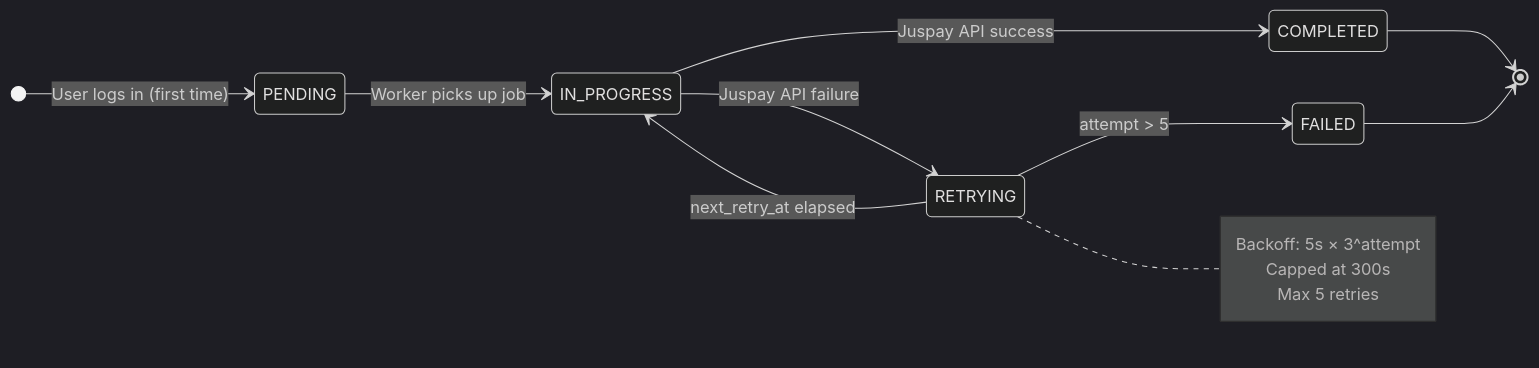
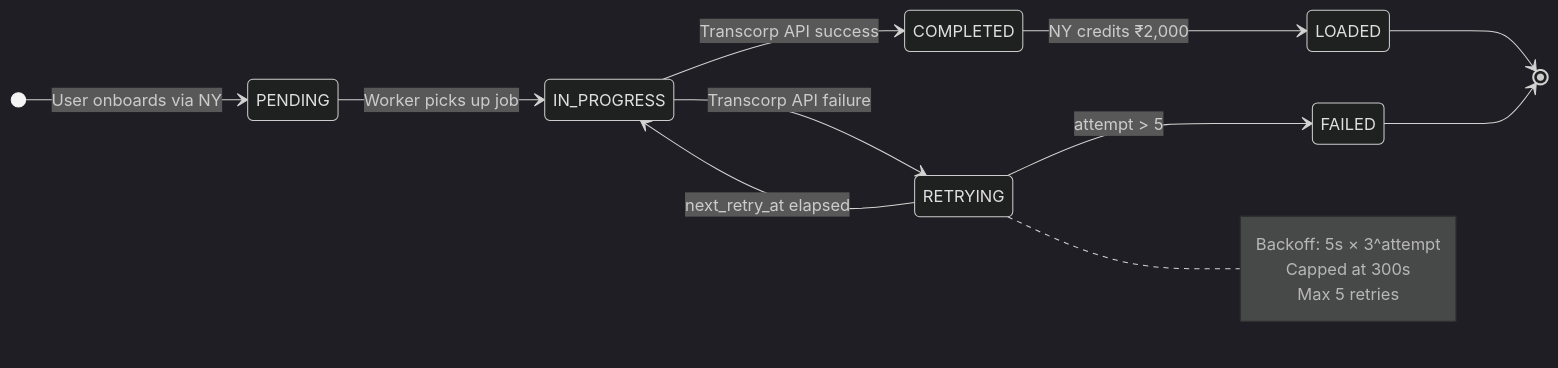
The fifth of 6 diagrams in api-reference/architecture/system-overview.mdx (anu19981/aarokya-backend), drawn with Mermaid (dark theme) before and after one commit. The commit also changed other lines of this file, not shown here.

````diff
--- a/api-reference/architecture/system-overview.mdx
+++ b/api-reference/architecture/system-overview.mdx
@@ -168,18 +246,19 @@
 ```mermaid
 stateDiagram-v2
     direction LR
-    [*] --> PENDING : User logs in (first time)
+    [*] --> PENDING : User onboards via NY
     PENDING --> IN_PROGRESS : Worker picks up job
-    IN_PROGRESS --> COMPLETED : Juspay API success
-    IN_PROGRESS --> RETRYING : Juspay API failure
+    IN_PROGRESS --> COMPLETED : Transcorp API success
+    IN_PROGRESS --> RETRYING : Transcorp API failure
     RETRYING --> IN_PROGRESS : next_retry_at elapsed
     RETRYING --> FAILED : attempt > 5
-    COMPLETED --> [*]
+    COMPLETED --> LOADED : NY credits ₹2,000
+    LOADED --> [*]
     FAILED --> [*]
 
     note right of RETRYING
         Backoff: 5s × 3^attempt
         Capped at 300s
         Max 5 retries
     end note
 ```
````
